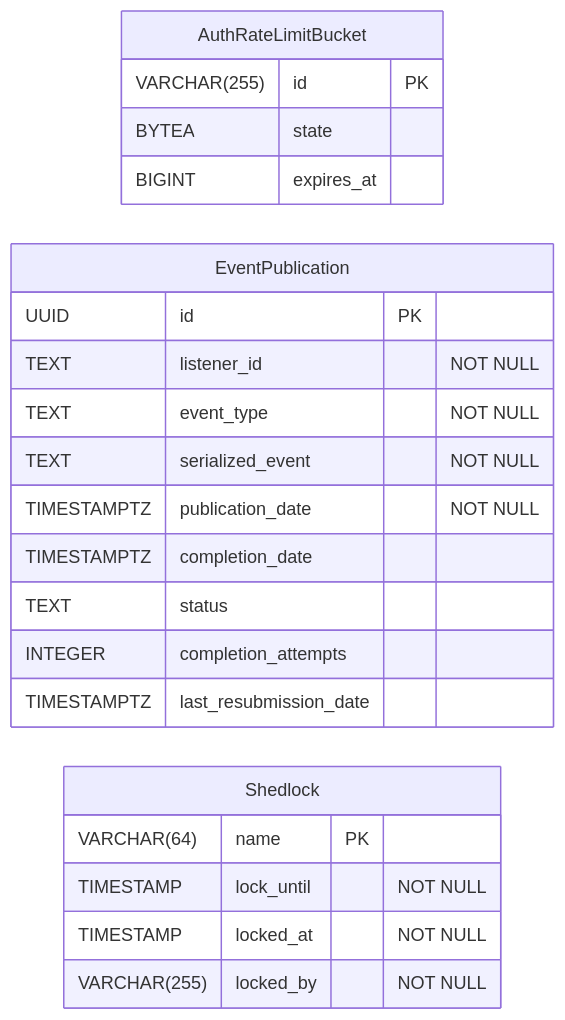
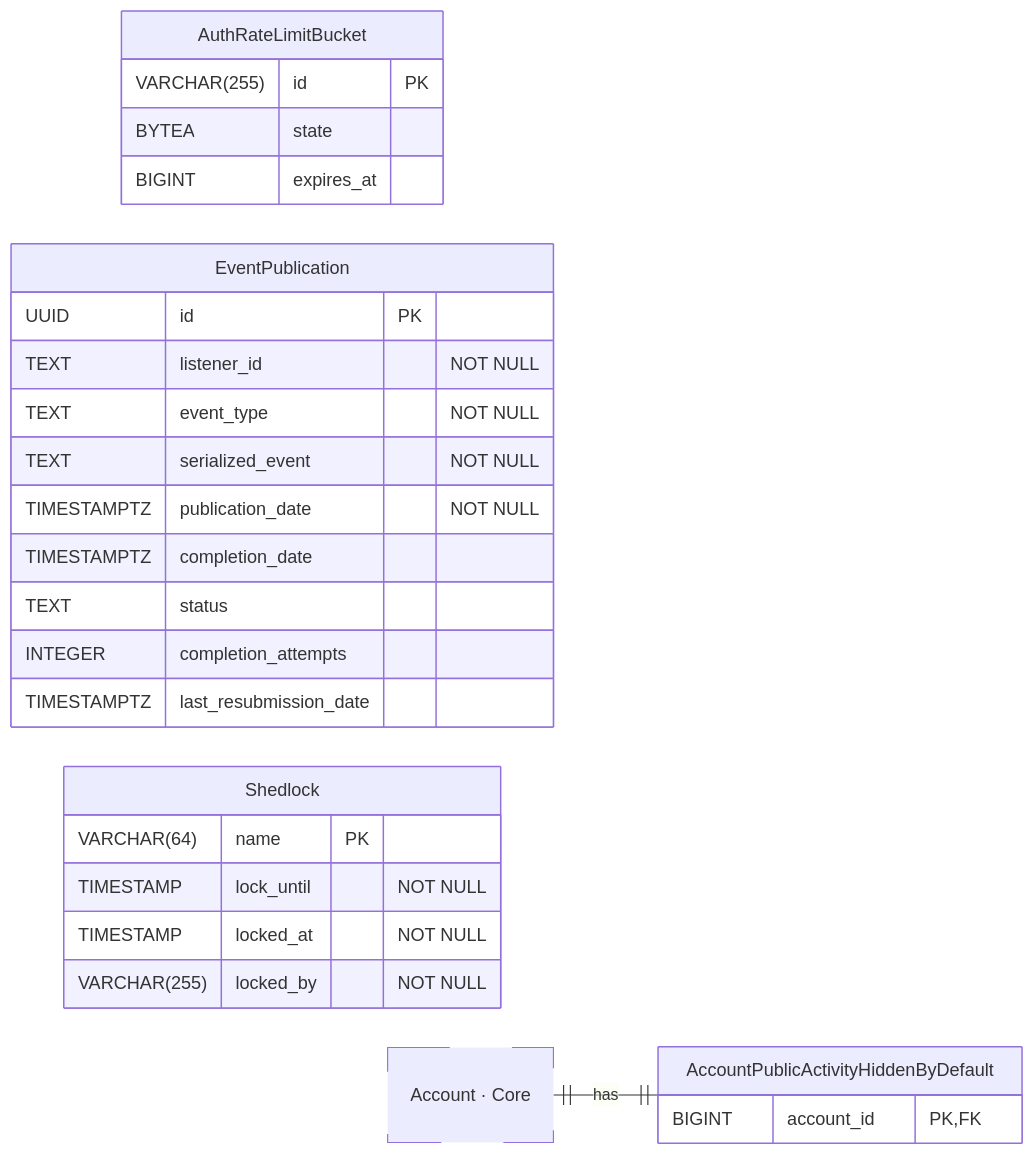
The diagram in docs/contributor/erd/without-entity.mmd (hephaestus-build/Hephaestus), drawn with Mermaid before and after one commit.

Commit message:
docs(db): the ERD shows the accounts hidden by the public-activity default
The table that records which accounts the upgrade hid was missing from the
generated ERD, so the merge queue's generated-artifacts check failed.

```diff
--- a/docs/contributor/erd/without-entity.mmd
+++ b/docs/contributor/erd/without-entity.mmd
@@ -1,42 +1,53 @@
 ---
 config:
     layout: elk
 ---
 erDiagram
     %% Generated automatically from PostgreSQL database schema
     %% using scripts/generate-mermaid-erd.ts
     %% To regenerate: vp run db:generate-erd-docs
 
     direction LR
+
+    AccountPublicActivityHiddenByDefault {
+        BIGINT account_id PK,FK
+    }
 
     AuthRateLimitBucket {
         VARCHAR(255) id PK
         BYTEA state
         BIGINT expires_at
     }
 
     EventPublication {
         UUID id PK
         TEXT listener_id "NOT NULL"
         TEXT event_type "NOT NULL"
         TEXT serialized_event "NOT NULL"
         TIMESTAMPTZ publication_date "NOT NULL"
         TIMESTAMPTZ completion_date
         TEXT status
         INTEGER completion_attempts
         TIMESTAMPTZ last_resubmission_date
     }
 
     Shedlock {
         VARCHAR(64) name PK
         TIMESTAMP lock_until "NOT NULL"
         TIMESTAMP locked_at "NOT NULL"
         VARCHAR(255) locked_by "NOT NULL"
     }
 
+    Account["Account · Core"]
+
     %% Relationships
+    %% One-to-One relationships
+    Account ||--|| AccountPublicActivityHiddenByDefault : has
+
     %% Styling
     classDef primaryEntity stroke:#0288d1,stroke-width:2px
     classDef associationEntity stroke:#8e24aa,stroke-width:2px
     classDef metadataEntity stroke:#43a047,stroke-width:2px
     classDef referenceEntity stroke-dasharray:5 5
+
+    class Account referenceEntity
```
